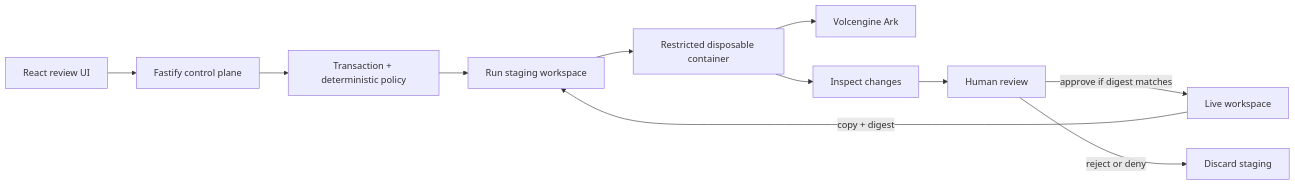
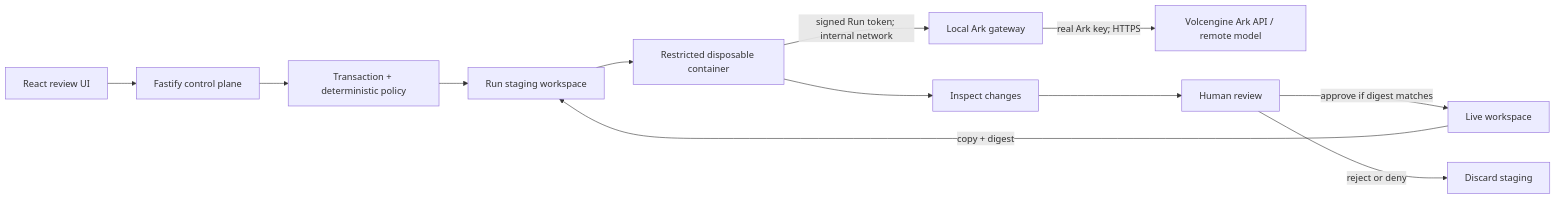
One commit to 0necloud/TechJam changed the diagram in README.md. Above: the diagram before and after it, drawn with Mermaid. The commit also changed other lines of this file and 28 other files, not shown here.

Commit message:
feat(security): add Ark-only egress gateway

````diff
--- a/README.md
+++ b/README.md
@@ -225,10 +249,12 @@
 ```mermaid
 flowchart LR
     UI["React review UI"] --> API["Fastify control plane"]
     API --> TX["Transaction + deterministic policy"]
     Live["Live workspace"] -->|copy + digest| Stage["Run staging workspace"]
-    TX --> Stage --> Container["Restricted disposable container"] --> Ark["Volcengine Ark"]
+    TX --> Stage --> Container["Restricted disposable container"]
+    Container -->|signed Run token; internal network| Gateway["Local Ark gateway"]
+    Gateway -->|real Ark key; HTTPS| Ark["Volcengine Ark API / remote model"]
     Container --> Inspect["Inspect changes"] --> Review["Human review"]
     Review -->|approve if digest matches| Live
     Review -->|reject or deny| Discard["Discard staging"]
 ```
````
